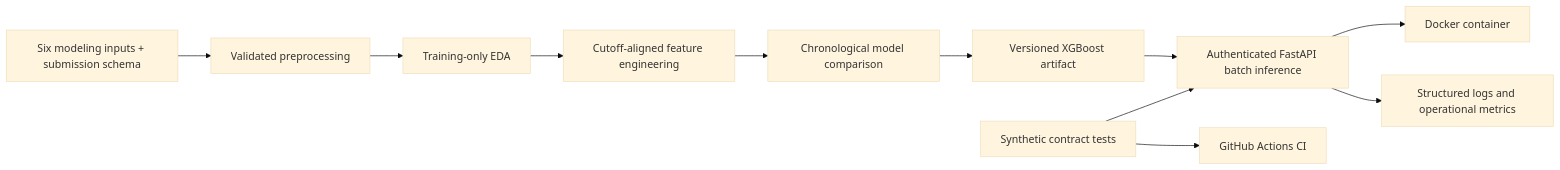
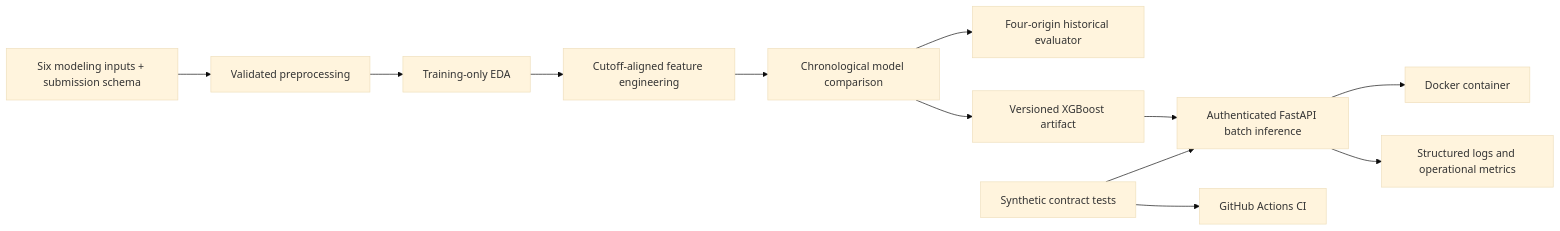
The diagram in README.md (mthufailsamas/retail-sales-forecasting-ai-engineering), drawn with Mermaid (base theme) before and after one commit. The commit also changed other lines of this file and 3 other files, not shown here.

Commit message:
Add fixed multi-origin historical evaluator

````diff
--- a/README.md
+++ b/README.md
@@ -32,13 +32,14 @@
 ```mermaid
 flowchart LR
     A["Six modeling inputs + submission schema"] --> B["Validated preprocessing"]
     B --> C["Training-only EDA"]
     C --> D["Cutoff-aligned feature engineering"]
     D --> E["Chronological model comparison"]
+    E --> L["Four-origin historical evaluator"]
     E --> F["Versioned XGBoost artifact"]
     F --> G["Authenticated FastAPI batch inference"]
     G --> H["Docker container"]
     G --> K["Structured logs and operational metrics"]
     I["Synthetic contract tests"] --> G
     I --> J["GitHub Actions CI"]
 ```
````
